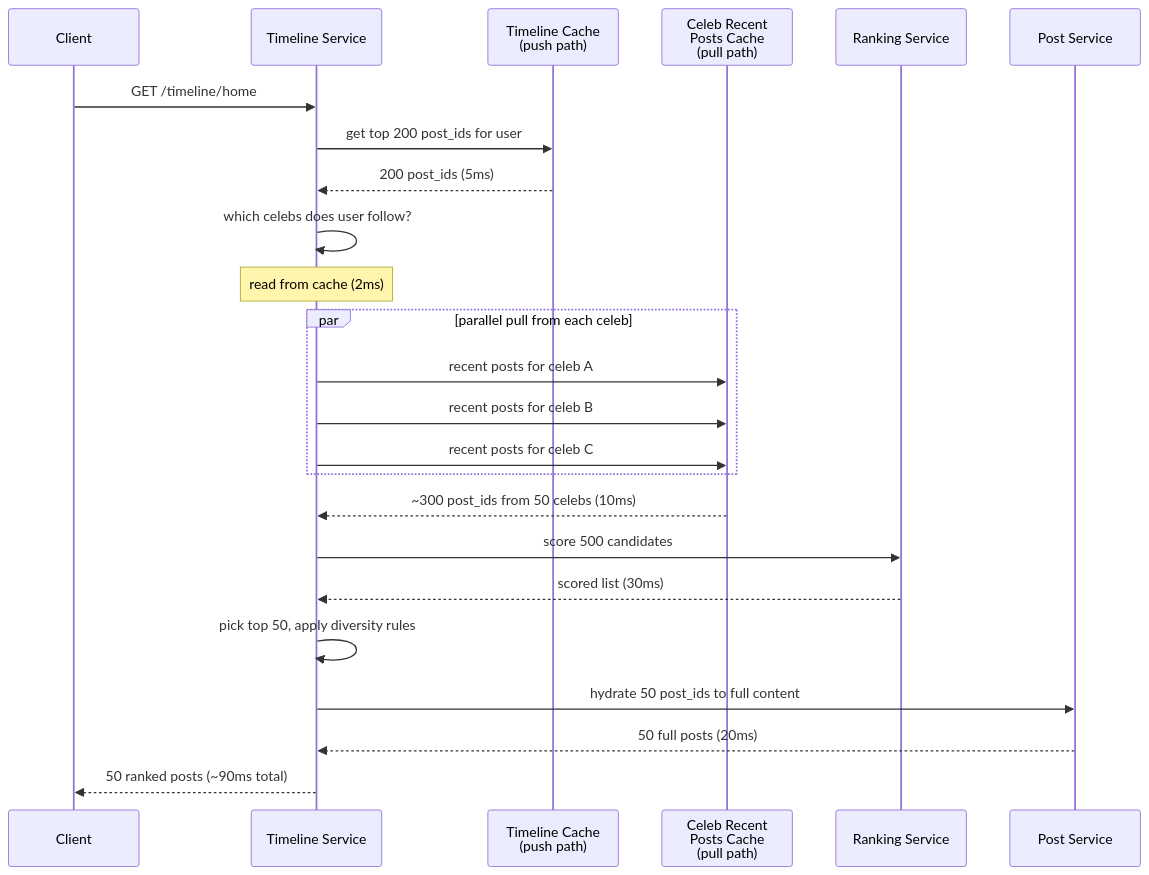
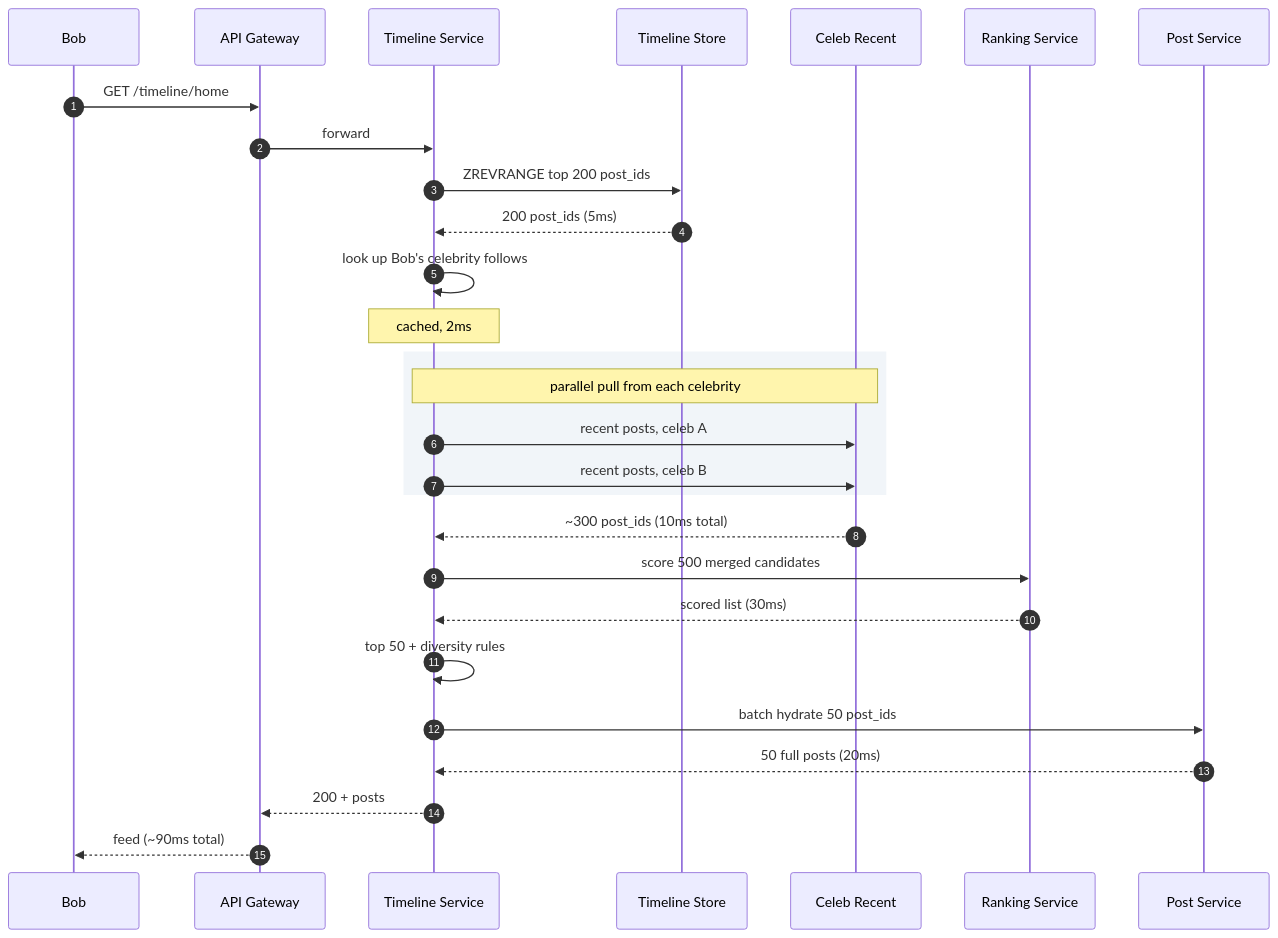
Before and after one commit to shiningflash/system-design: the tenth of 11 diagrams in problems/002-news-feed/question.md, drawn with Mermaid. The commit also changed other lines of this file and 38 other files, not shown here.

````diff
--- a/problems/002-news-feed/question.md
+++ b/problems/002-news-feed/question.md
@@ -292,31 +426,33 @@
 ```mermaid
 sequenceDiagram
-    participant Client
-    participant TS as Timeline Service
-    participant TimelineCache as Timeline Cache<br/>(push path)
-    participant CelebCache as Celeb Recent<br/>Posts Cache<br/>(pull path)
+    autonumber
+    participant Bob
+    participant GW as API Gateway
+    participant TSvc as Timeline Service
+    participant TStore as Timeline Store
+    participant CStore as Celeb Recent
     participant Ranker as Ranking Service
-    participant PostSvc as Post Service
+    participant PSvc as Post Service
 
-    Client->>TS: GET /timeline/home
-    TS->>TimelineCache: get top 200 post_ids for user
-    TimelineCache-->>TS: 200 post_ids (5ms)
+    Bob->>GW: GET /timeline/home
+    GW->>TSvc: forward
+    TSvc->>TStore: ZREVRANGE top 200 post_ids
+    TStore-->>TSvc: 200 post_ids (5ms)
+    TSvc->>TSvc: look up Bob's celebrity follows
+    Note over TSvc: cached, 2ms
 
-    TS->>TS: which celebs does user follow?
-    Note over TS: read from cache (2ms)
+    rect rgb(241, 245, 249)
+        Note over TSvc,CStore: parallel pull from each celebrity
+        TSvc->>CStore: recent posts, celeb A
+        TSvc->>CStore: recent posts, celeb B
+    end
 
-    par parallel pull from each celeb
-        TS->>CelebCache: recent posts for celeb A
-        TS->>CelebCache: recent posts for celeb B
-        TS->>CelebCache: recent posts for celeb C
-    end
-    CelebCache-->>TS: ~300 post_ids from 50 celebs (10ms)
-
-    TS->>Ranker: score 500 candidates
-    Ranker-->>TS: scored list (30ms)
-
-    TS->>TS: pick top 50, apply diversity rules
-    TS->>PostSvc: hydrate 50 post_ids to full content
-    PostSvc-->>TS: 50 full posts (20ms)
-    TS-->>Client: 50 ranked posts (~90ms total)
+    CStore-->>TSvc: ~300 post_ids (10ms total)
+    TSvc->>Ranker: score 500 merged candidates
+    Ranker-->>TSvc: scored list (30ms)
+    TSvc->>TSvc: top 50 + diversity rules
+    TSvc->>PSvc: batch hydrate 50 post_ids
+    PSvc-->>TSvc: 50 full posts (20ms)
+    TSvc-->>GW: 200 + posts
+    GW-->>Bob: feed (~90ms total)
 ```
````
